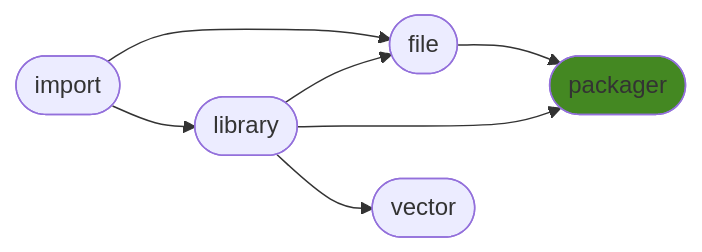
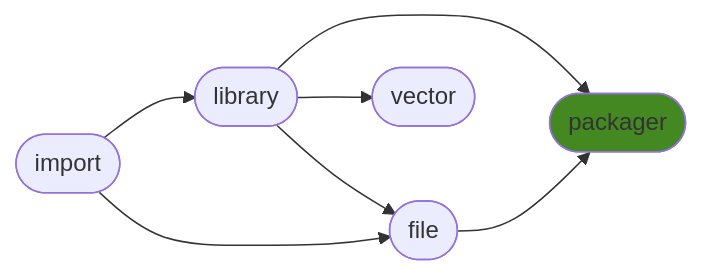
Before and after one commit to ManderaGeneral/generalpackager: the diagram in README.md, drawn with Mermaid. The commit also changed other lines of this file and 1 other file, not shown here.

````diff
--- a/README.md
+++ b/README.md
@@ -24,15 +24,15 @@
 ```mermaid
 flowchart LR
-0([import]) --> 2([file])
 1([library]) --> 2([file])
+1([library]) --> 3([vector])
 1([library]) --> 4([packager])
 0([import]) --> 1([library])
 2([file]) --> 4([packager])
-1([library]) --> 3([vector])
+0([import]) --> 2([file])
 click 0 "https://github.com/ManderaGeneral/generalimport"
 click 1 "https://github.com/ManderaGeneral/generallibrary"
 click 2 "https://github.com/ManderaGeneral/generalfile"
 click 3 "https://github.com/ManderaGeneral/generalvector"
 click 4 "https://github.com/ManderaGeneral/generalpackager"
 style 4 fill:#482
 ```
````
